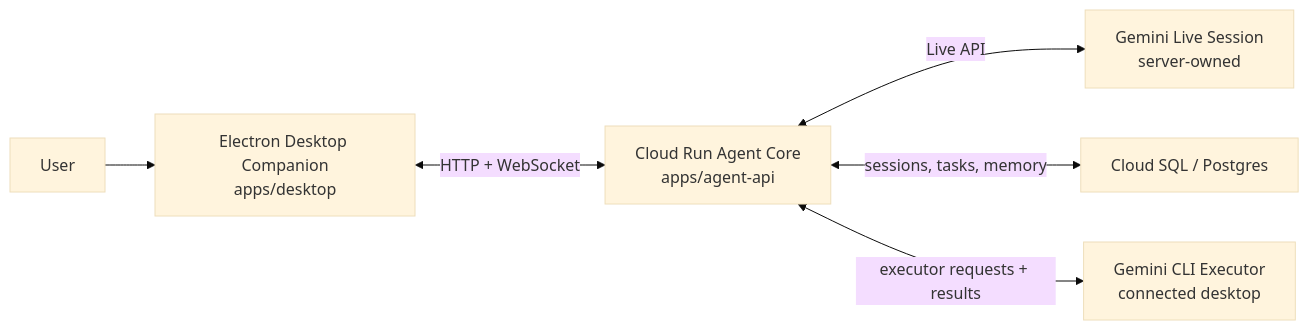
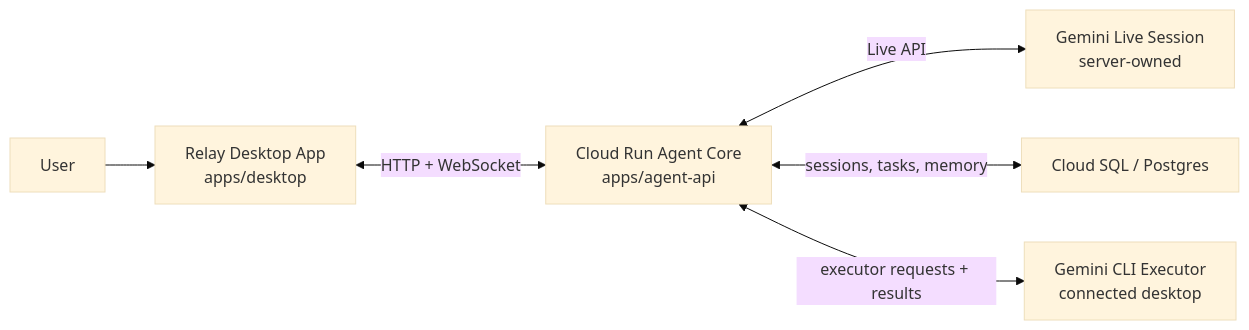
Before and after one commit to jongwoo01/relay-voice-agent: the diagram in docs/architecture.md, drawn with Mermaid (base theme). The commit also changed other lines of this file and 39 other files, not shown here.

````diff
--- a/docs/architecture.md
+++ b/docs/architecture.md
@@ -7,15 +7,15 @@
 ```mermaid
 flowchart LR
     user["User"]
-    desktop["Electron Desktop Companion\napps/desktop"]
+    desktop["Relay Desktop App\napps/desktop"]
     cloud["Cloud Run Agent Core\napps/agent-api"]
     live["Gemini Live Session\nserver-owned"]
     db["Cloud SQL / Postgres"]
     cli["Gemini CLI Executor\nconnected desktop"]
 
     user --> desktop
     desktop <-->|HTTP + WebSocket| cloud
     cloud <-->|Live API| live
     cloud <-->|sessions, tasks, memory| db
     cloud <-->|executor requests + results| cli
 ```
````
